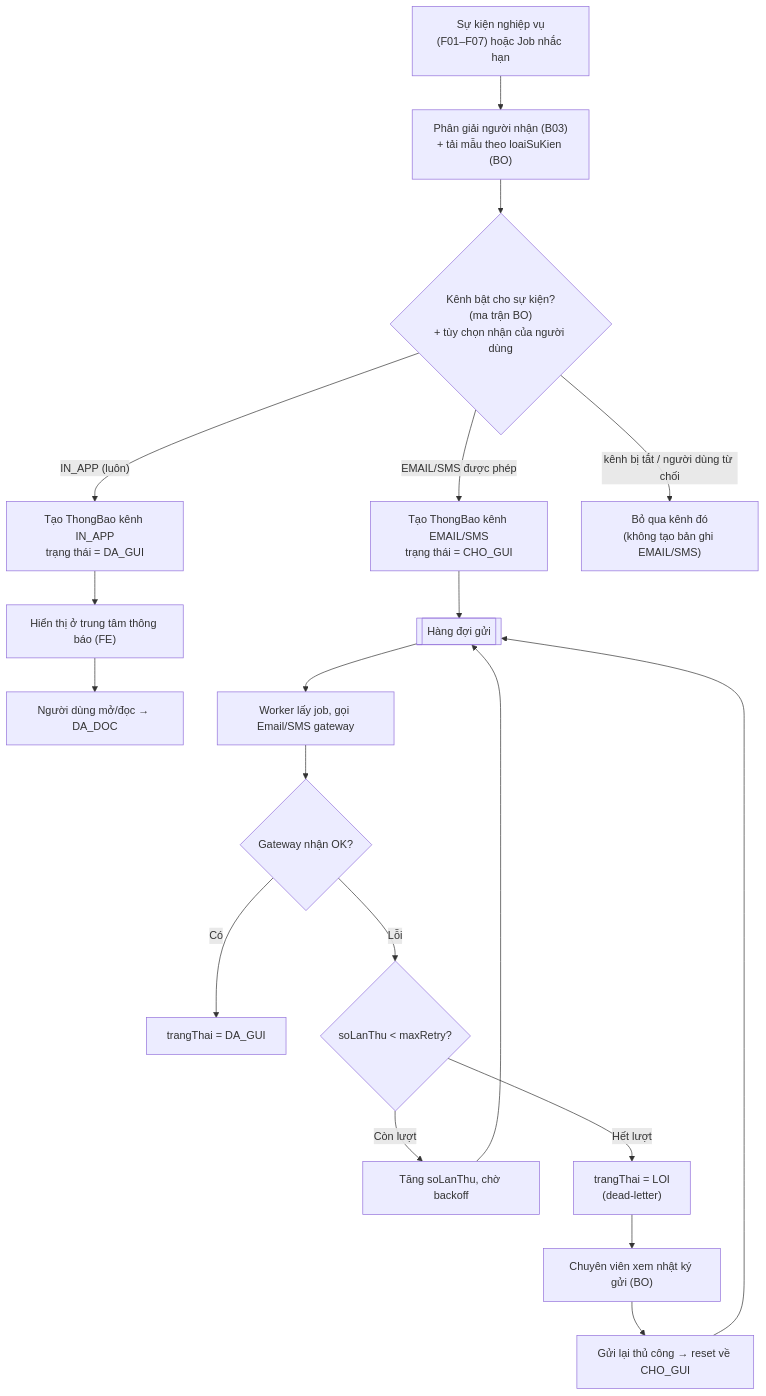
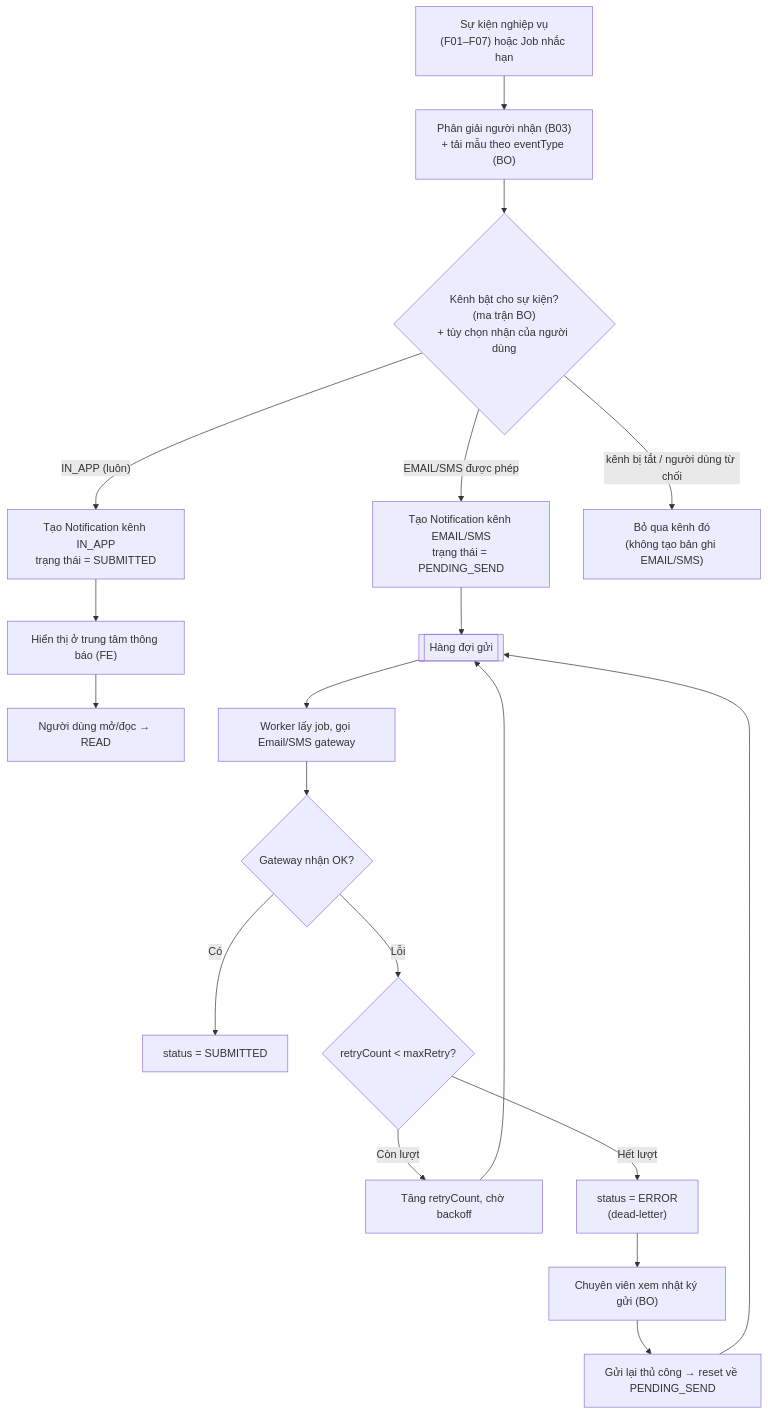
One commit to PTZero2026/rms-docs changed the diagram in docs/features/B04-thong-bao/spec.md. Above: the diagram before and after it, drawn with Mermaid. The commit also changed other lines of this file and 44 other files, not shown here.

Commit message:
docs: update project roadmap, architecture decisions, and comprehensive documentation for core features and testing plans

````diff
--- a/docs/features/B04-thong-bao/spec.md
+++ b/docs/features/B04-thong-bao/spec.md
@@ -54,22 +54,22 @@
 ```mermaid
 flowchart TD
-    EVT["Sự kiện nghiệp vụ<br/>(F01–F07) hoặc Job nhắc hạn"] --> RES["Phân giải người nhận (B03)<br/>+ tải mẫu theo loaiSuKien (BO)"]
+    EVT["Sự kiện nghiệp vụ<br/>(F01–F07) hoặc Job nhắc hạn"] --> RES["Phân giải người nhận (B03)<br/>+ tải mẫu theo eventType (BO)"]
     RES --> PREF{"Kênh bật cho sự kiện?<br/>(ma trận BO)<br/>+ tùy chọn nhận của người dùng"}
-    PREF -->|"IN_APP (luôn)"| CREATE_IA["Tạo ThongBao kênh IN_APP<br/>trạng thái = DA_GUI"]
-    PREF -->|"EMAIL/SMS được phép"| CREATE_EX["Tạo ThongBao kênh EMAIL/SMS<br/>trạng thái = CHO_GUI"]
+    PREF -->|"IN_APP (luôn)"| CREATE_IA["Tạo Notification kênh IN_APP<br/>trạng thái = SUBMITTED"]
+    PREF -->|"EMAIL/SMS được phép"| CREATE_EX["Tạo Notification kênh EMAIL/SMS<br/>trạng thái = PENDING_SEND"]
     PREF -->|"kênh bị tắt / người dùng từ chối"| SKIP["Bỏ qua kênh đó<br/>(không tạo bản ghi EMAIL/SMS)"]
 
     CREATE_IA --> INBOX["Hiển thị ở trung tâm thông báo (FE)"]
-    INBOX --> READ["Người dùng mở/đọc → DA_DOC"]
+    INBOX --> READ["Người dùng mở/đọc → READ"]
 
     CREATE_EX --> Q[["Hàng đợi gửi"]]
     Q --> W["Worker lấy job, gọi Email/SMS gateway"]
     W --> OK{"Gateway nhận OK?"}
-    OK -->|"Có"| SENT["trangThai = DA_GUI"]
-    OK -->|"Lỗi"| RETRYCHK{"soLanThu < maxRetry?"}
-    RETRYCHK -->|"Còn lượt"| BACKOFF["Tăng soLanThu, chờ backoff"] --> Q
-    RETRYCHK -->|"Hết lượt"| ERR["trangThai = LOI<br/>(dead-letter)"]
+    OK -->|"Có"| SENT["status = SUBMITTED"]
+    OK -->|"Lỗi"| RETRYCHK{"retryCount < maxRetry?"}
+    RETRYCHK -->|"Còn lượt"| BACKOFF["Tăng retryCount, chờ backoff"] --> Q
+    RETRYCHK -->|"Hết lượt"| ERR["status = ERROR<br/>(dead-letter)"]
     ERR --> MON["Chuyên viên xem nhật ký gửi (BO)"]
-    MON --> RESEND["Gửi lại thủ công → reset về CHO_GUI"]
+    MON --> RESEND["Gửi lại thủ công → reset về PENDING_SEND"]
     RESEND --> Q
 ```
````
